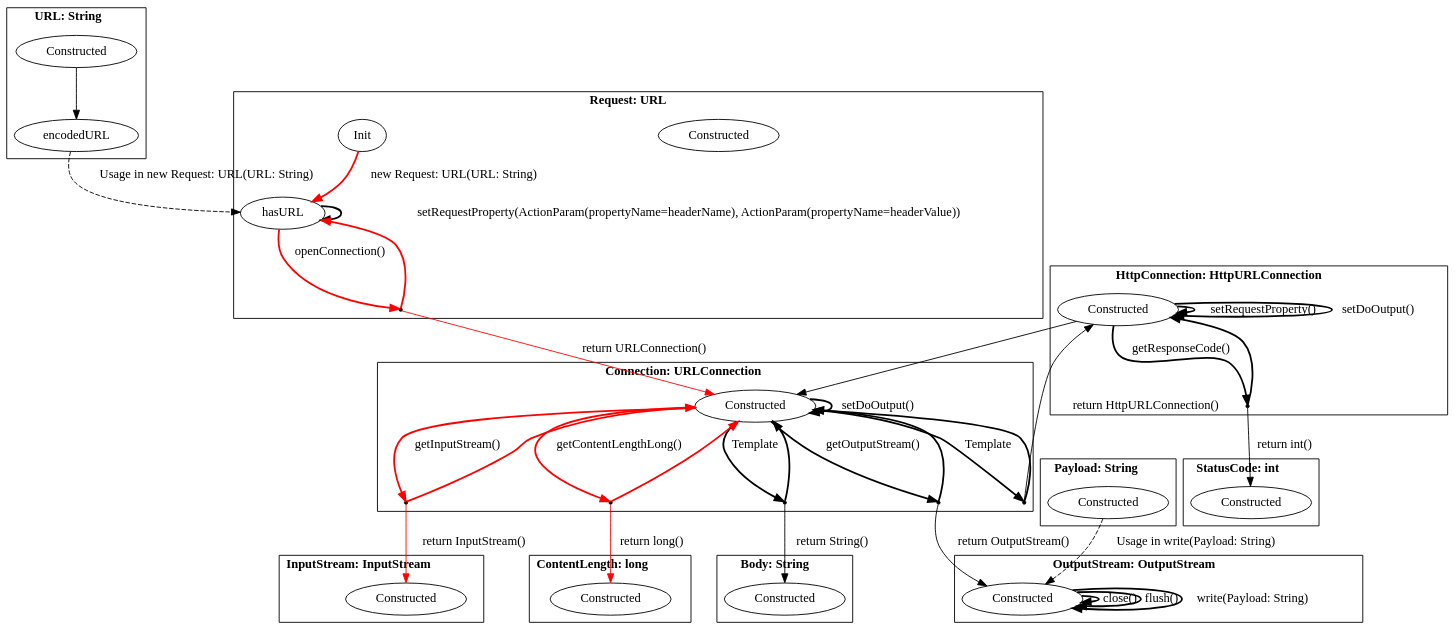
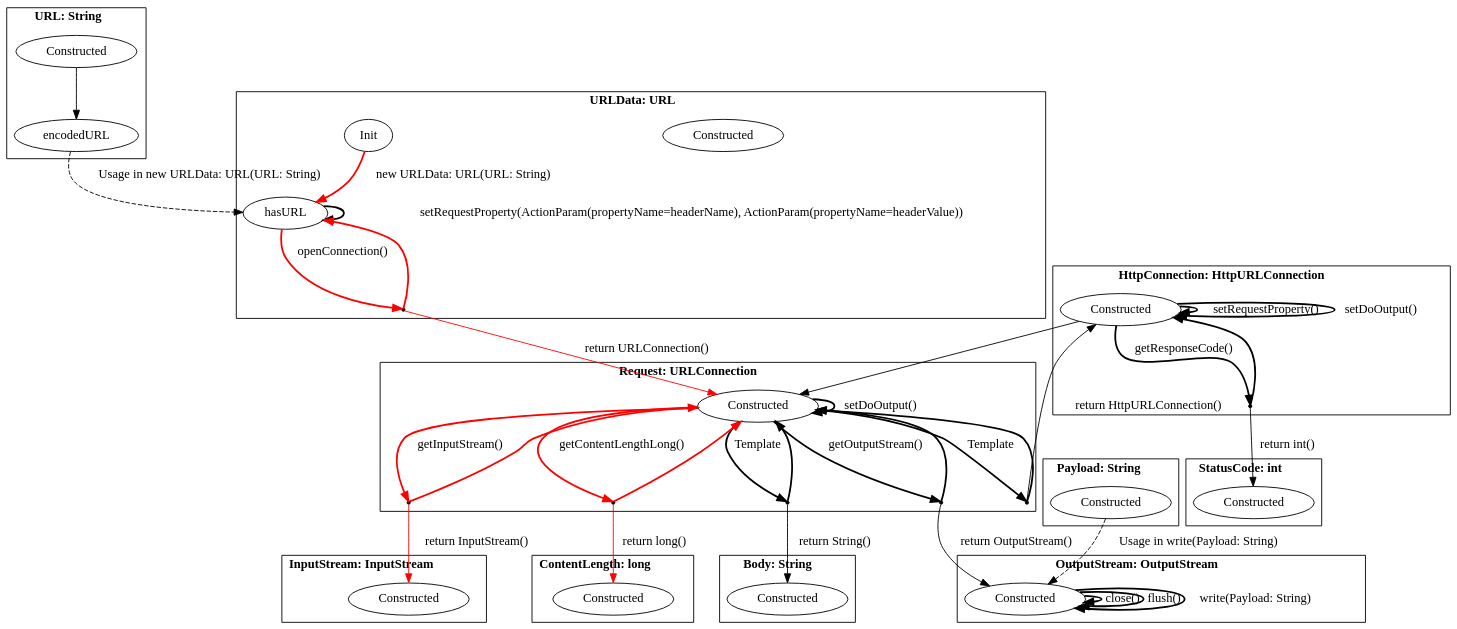
One commit to h31/LibraryMigration changed the diagram in pictures/extracted_javaIf.dot. Above: the diagram before and after it, drawn with Graphviz. The commit also changed 11 other files, not shown here.

```diff
--- a/pictures/extracted_javaIf.dot
+++ b/pictures/extracted_javaIf.dot
@@ -1,86 +1,86 @@
 digraph G {
     bgcolor="transparent";
     subgraph cluster0 {
     label = <<B>URL: String</B>>;
         Constructed_URL [ label="Constructed" ];
         encodedURL_URL [ label="encodedURL" ];
     }
     subgraph cluster1 {
-    label = <<B>Request: URL</B>>;
-        Constructed_Request [ label="Constructed" ];
-        hasURL_Request [ label="hasURL" ];
-        Init_Request [ label="Init" ];
+    label = <<B>URLData: URL</B>>;
+        Constructed_URLData [ label="Constructed" ];
+        hasURL_URLData [ label="hasURL" ];
+        Init_URLData [ label="Init" ];
         virtual0 [ shape = point ];
     }
     subgraph cluster2 {
-    label = <<B>Connection: URLConnection</B>>;
-        Constructed_Connection [ label="Constructed" ];
+    label = <<B>Request: URLConnection</B>>;
+        Constructed_Request [ label="Constructed" ];
         virtual1 [ shape = point ];
         virtual2 [ shape = point ];
         virtual3 [ shape = point ];
         virtual4 [ shape = point ];
         virtual5 [ shape = point ];
     }
     subgraph cluster3 {
     label = <<B>Body: String</B>>;
         Constructed_Body [ label="Constructed" ];
     }
     subgraph cluster4 {
     label = <<B>InputStream: InputStream</B>>;
         Constructed_InputStream [ label="Constructed" ];
     }
     subgraph cluster5 {
     label = <<B>ContentLength: long</B>>;
         Constructed_ContentLength [ label="Constructed" ];
     }
     subgraph cluster6 {
     label = <<B>StatusCode: int</B>>;
         Constructed_StatusCode [ label="Constructed" ];
     }
     subgraph cluster7 {
     label = <<B>HttpConnection: HttpURLConnection</B>>;
         Constructed_HttpConnection [ label="Constructed" ];
         virtual6 [ shape = point ];
     }
     subgraph cluster8 {
     label = <<B>OutputStream: OutputStream</B>>;
         Constructed_OutputStream [ label="Constructed" ];
     }
     subgraph cluster9 {
     label = <<B>Payload: String</B>>;
         Constructed_Payload [ label="Constructed" ];
     }
         Constructed_URL -> encodedURL_URL [ label="", style = "solid"  ];
-        encodedURL_URL -> hasURL_Request [ label="Usage in new Request: URL(URL: String)", style = "dashed"  ];
-        Init_Request -> hasURL_Request [ label="new Request: URL(URL: String)", style = "bold" , color = red ];
-        hasURL_Request -> virtual0 [ style = "bold" label="openConnection()" , color = red ];
-        virtual0 -> hasURL_Request [ style = "bold" , color = red ];
-        virtual0 -> Constructed_Connection [ label="return URLConnection()" , color = red ];
-        Constructed_Connection -> virtual1 [ style = "bold" label="Template"  ];
-        virtual1 -> Constructed_Connection [ style = "bold"  ];
+        encodedURL_URL -> hasURL_URLData [ label="Usage in new URLData: URL(URL: String)", style = "dashed"  ];
+        Init_URLData -> hasURL_URLData [ label="new URLData: URL(URL: String)", style = "bold" , color = red ];
+        hasURL_URLData -> virtual0 [ style = "bold" label="openConnection()" , color = red ];
+        virtual0 -> hasURL_URLData [ style = "bold" , color = red ];
+        virtual0 -> Constructed_Request [ label="return URLConnection()" , color = red ];
+        Constructed_Request -> virtual1 [ style = "bold" label="Template"  ];
+        virtual1 -> Constructed_Request [ style = "bold"  ];
         virtual1 -> Constructed_Body [ label="return String()"  ];
-        Constructed_Connection -> virtual2 [ style = "bold" label="getInputStream()" , color = red ];
-        virtual2 -> Constructed_Connection [ style = "bold" , color = red ];
+        Constructed_Request -> virtual2 [ style = "bold" label="getInputStream()" , color = red ];
+        virtual2 -> Constructed_Request [ style = "bold" , color = red ];
         virtual2 -> Constructed_InputStream [ label="return InputStream()" , color = red ];
-        hasURL_Request -> hasURL_Request [ label="setRequestProperty(ActionParam(propertyName&#x3D;headerName), ActionParam(propertyName&#x3D;headerValue))", style = "bold"  ];
-        Constructed_Connection -> Constructed_Connection [ label="setDoOutput()", style = "bold"  ];
-        Constructed_Connection -> virtual3 [ style = "bold" label="getContentLengthLong()" , color = red ];
-        virtual3 -> Constructed_Connection [ style = "bold" , color = red ];
+        hasURL_URLData -> hasURL_URLData [ label="setRequestProperty(ActionParam(propertyName&#x3D;headerName), ActionParam(propertyName&#x3D;headerValue))", style = "bold"  ];
+        Constructed_Request -> Constructed_Request [ label="setDoOutput()", style = "bold"  ];
+        Constructed_Request -> virtual3 [ style = "bold" label="getContentLengthLong()" , color = red ];
+        virtual3 -> Constructed_Request [ style = "bold" , color = red ];
         virtual3 -> Constructed_ContentLength [ label="return long()" , color = red ];
-        Constructed_Connection -> virtual4 [ style = "bold" label="getOutputStream()"  ];
-        virtual4 -> Constructed_Connection [ style = "bold"  ];
+        Constructed_Request -> virtual4 [ style = "bold" label="getOutputStream()"  ];
+        virtual4 -> Constructed_Request [ style = "bold"  ];
         virtual4 -> Constructed_OutputStream [ label="return OutputStream()"  ];
-        Constructed_Connection -> virtual5 [ style = "bold" label="Template"  ];
-        virtual5 -> Constructed_Connection [ style = "bold"  ];
+        Constructed_Request -> virtual5 [ style = "bold" label="Template"  ];
+        virtual5 -> Constructed_Request [ style = "bold"  ];
         virtual5 -> Constructed_HttpConnection [ label="return HttpURLConnection()"  ];
-        Constructed_HttpConnection -> Constructed_Connection [ label="", style = "solid"  ];
+        Constructed_HttpConnection -> Constructed_Request [ label="", style = "solid"  ];
         Constructed_HttpConnection -> virtual6 [ style = "bold" label="getResponseCode()"  ];
         virtual6 -> Constructed_HttpConnection [ style = "bold"  ];
         virtual6 -> Constructed_StatusCode [ label="return int()"  ];
         Constructed_HttpConnection -> Constructed_HttpConnection [ label="setRequestProperty()", style = "bold"  ];
         Constructed_HttpConnection -> Constructed_HttpConnection [ label="setDoOutput()", style = "bold"  ];
         Constructed_OutputStream -> Constructed_OutputStream [ label="close()", style = "bold"  ];
         Constructed_OutputStream -> Constructed_OutputStream [ label="flush()", style = "bold"  ];
         Constructed_OutputStream -> Constructed_OutputStream [ label="write(Payload: String)", style = "bold"  ];
         Constructed_Payload -> Constructed_OutputStream [ label="Usage in write(Payload: String)", style = "dashed"  ];
 }
```
